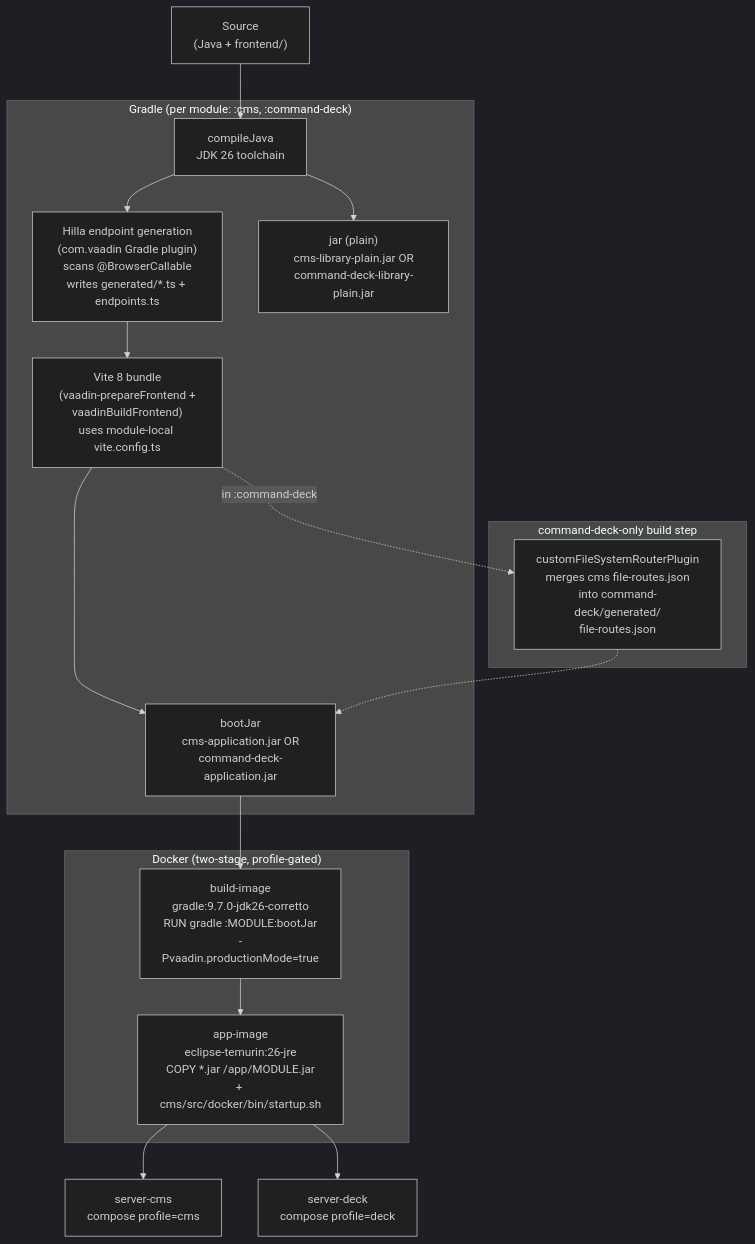
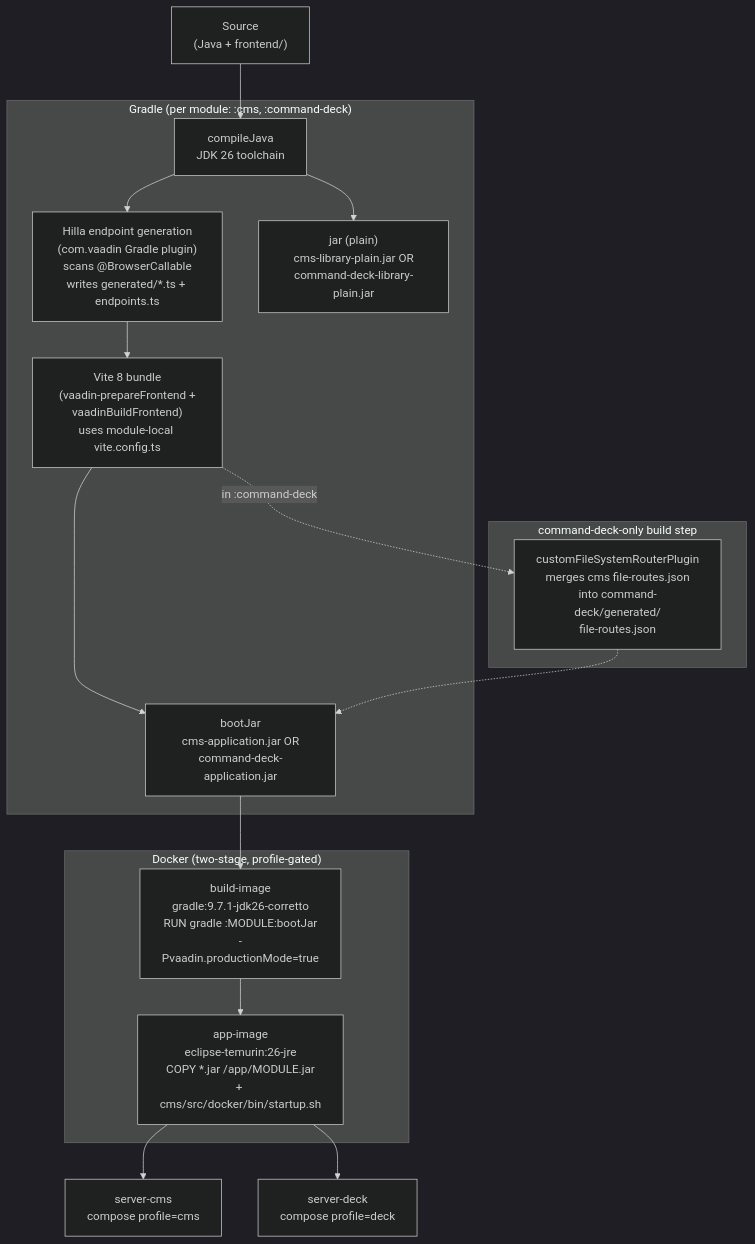
One commit to rupfizupfi/breaktest-command-deck changed the diagram in doc/diagrams/src/build-pipeline.mmd. Above: the diagram before and after it, drawn with Mermaid (dark theme). The commit also changed 489 other files, not shown here.

```diff
--- a/doc/diagrams/src/build-pipeline.mmd
+++ b/doc/diagrams/src/build-pipeline.mmd
@@ -1,35 +1,35 @@
 %% Build pipeline (Gradle -> Hilla -> Vite -> Spring Boot -> Docker)
 %% Branch: dev-split, 2026-04-25
 flowchart TD
     src["Source<br/>(Java + frontend/)"]
 
     subgraph gradle_phase["Gradle (per module: :cms, :command-deck)"]
         compile["compileJava<br/>JDK 26 toolchain"]
         hilla_gen["Hilla endpoint generation<br/>(com.vaadin Gradle plugin)<br/>scans @BrowserCallable<br/>writes generated/*.ts + endpoints.ts"]
         vite["Vite 8 bundle<br/>(vaadin-prepareFrontend +<br/>vaadinBuildFrontend)<br/>uses module-local vite.config.ts"]
         bootJar["bootJar<br/>cms-application.jar OR<br/>command-deck-application.jar"]
         plainJar["jar (plain)<br/>cms-library-plain.jar OR<br/>command-deck-library-plain.jar"]
     end
 
     src --> compile
     compile --> hilla_gen
     hilla_gen --> vite
     vite --> bootJar
     compile --> plainJar
 
     subgraph cd_extra["command-deck-only build step"]
         merge["customFileSystemRouterPlugin<br/>merges cms file-routes.json<br/>into command-deck/generated/<br/>file-routes.json"]
     end
     vite -.->|in :command-deck| merge
     merge -.-> bootJar
 
     subgraph docker_phase["Docker (two-stage, profile-gated)"]
-        stage1["build-image<br/>gradle:9.7.0-jdk26-corretto<br/>RUN gradle :MODULE:bootJar<br/>-Pvaadin.productionMode=true"]
+        stage1["build-image<br/>gradle:9.7.1-jdk26-corretto<br/>RUN gradle :MODULE:bootJar<br/>-Pvaadin.productionMode=true"]
         stage2["app-image<br/>eclipse-temurin:26-jre<br/>COPY *.jar /app/MODULE.jar<br/>+ cms/src/docker/bin/startup.sh"]
     end
 
     bootJar --> stage1
     stage1 --> stage2
 
     stage2 --> cms_img["server-cms<br/>compose profile=cms"]
     stage2 --> deck_img["server-deck<br/>compose profile=deck"]
```
